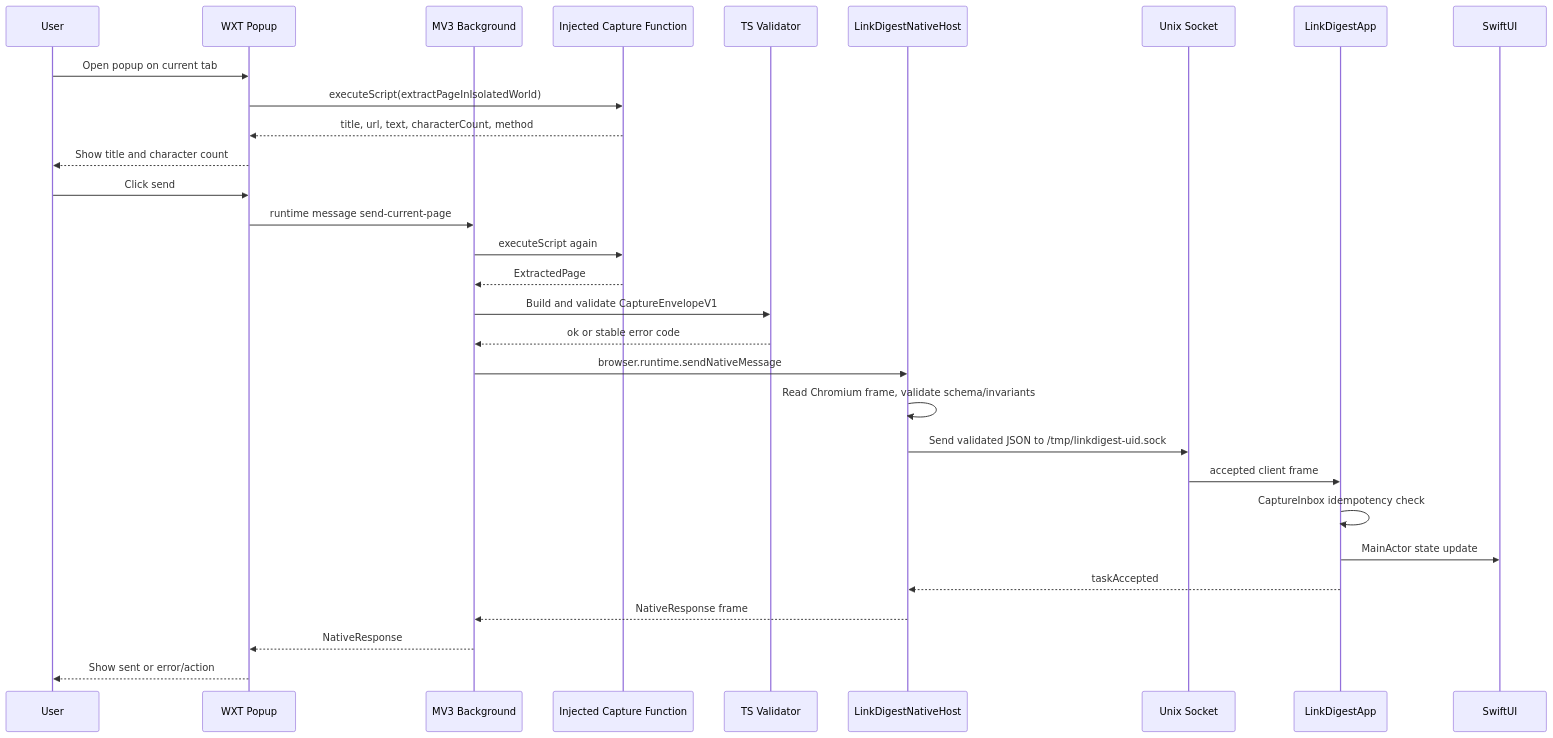
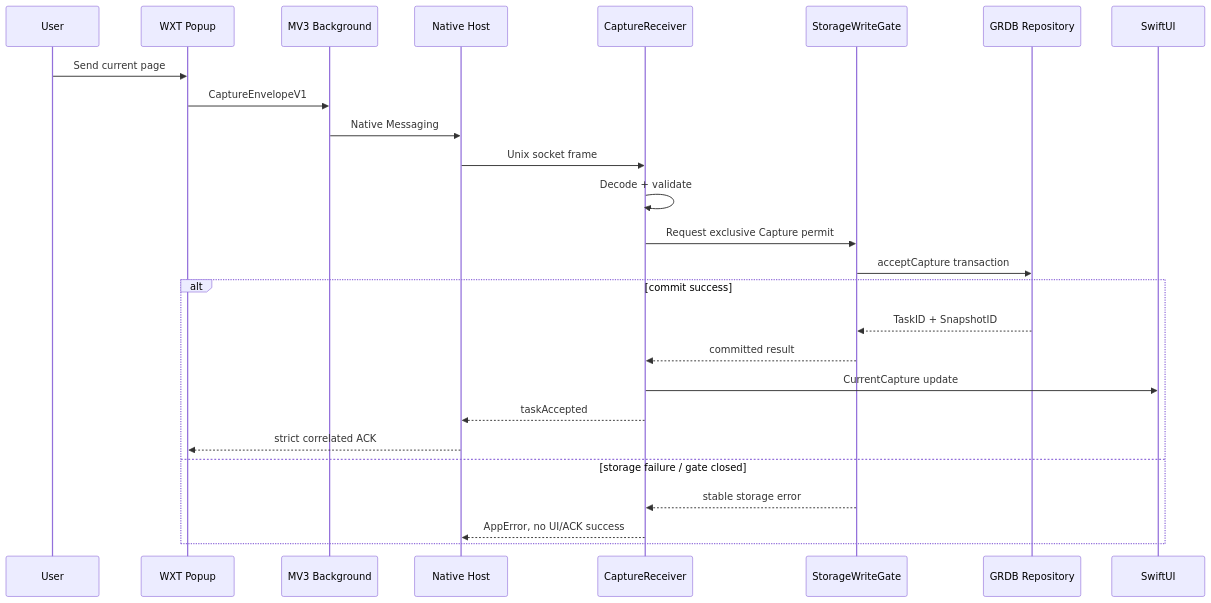
One commit to Songxiaor/jizuo changed the first of 3 diagrams in brain/flow.md. Above: the diagram before and after it, drawn with Mermaid. The commit also changed other lines of this file and 95 other files, not shown here.

````diff
--- a/brain/flow.md
+++ b/brain/flow.md
@@ -12,33 +12,29 @@
 ```mermaid
 sequenceDiagram
   participant U as User
   participant P as WXT Popup
   participant B as MV3 Background
-  participant C as Injected Capture Function
-  participant V as TS Validator
-  participant H as LinkDigestNativeHost
-  participant S as Unix Socket
-  participant A as LinkDigestApp
+  participant H as Native Host
+  participant R as CaptureReceiver
+  participant G as StorageWriteGate
+  participant D as GRDB Repository
   participant UI as SwiftUI
 
-  U->>P: Open popup on current tab
-  P->>C: executeScript(extractPageInIsolatedWorld)
-  C-->>P: title, url, text, characterCount, method
-  P-->>U: Show title and character count
-  U->>P: Click send
-  P->>B: runtime message send-current-page
-  B->>C: executeScript again
-  C-->>B: ExtractedPage
-  B->>V: Build and validate CaptureEnvelopeV1
-  V-->>B: ok or stable error code
-  B->>H: browser.runtime.sendNativeMessage
-  H->>H: Read Chromium frame, validate schema/invariants
-  H->>S: Send validated JSON to /tmp/linkdigest-uid.sock
-  S->>A: accepted client frame
-  A->>A: CaptureInbox idempotency check
-  A->>UI: MainActor state update
-  A-->>H: taskAccepted
-  H-->>B: NativeResponse frame
-  B-->>P: NativeResponse
-  P-->>U: Show sent or error/action
+  U->>P: Send current page
+  P->>B: CaptureEnvelopeV1
+  B->>H: Native Messaging
+  H->>R: Unix socket frame
+  R->>R: Decode + validate
+  R->>G: Request exclusive Capture permit
+  G->>D: acceptCapture transaction
+  alt commit success
+    D-->>G: TaskID + SnapshotID
+    G-->>R: committed result
+    R->>UI: CurrentCapture update
+    R-->>H: taskAccepted
+    H-->>P: strict correlated ACK
+  else storage failure / gate closed
+    G-->>R: stable storage error
+    R-->>H: AppError, no UI/ACK success
+  end
 ```
````
